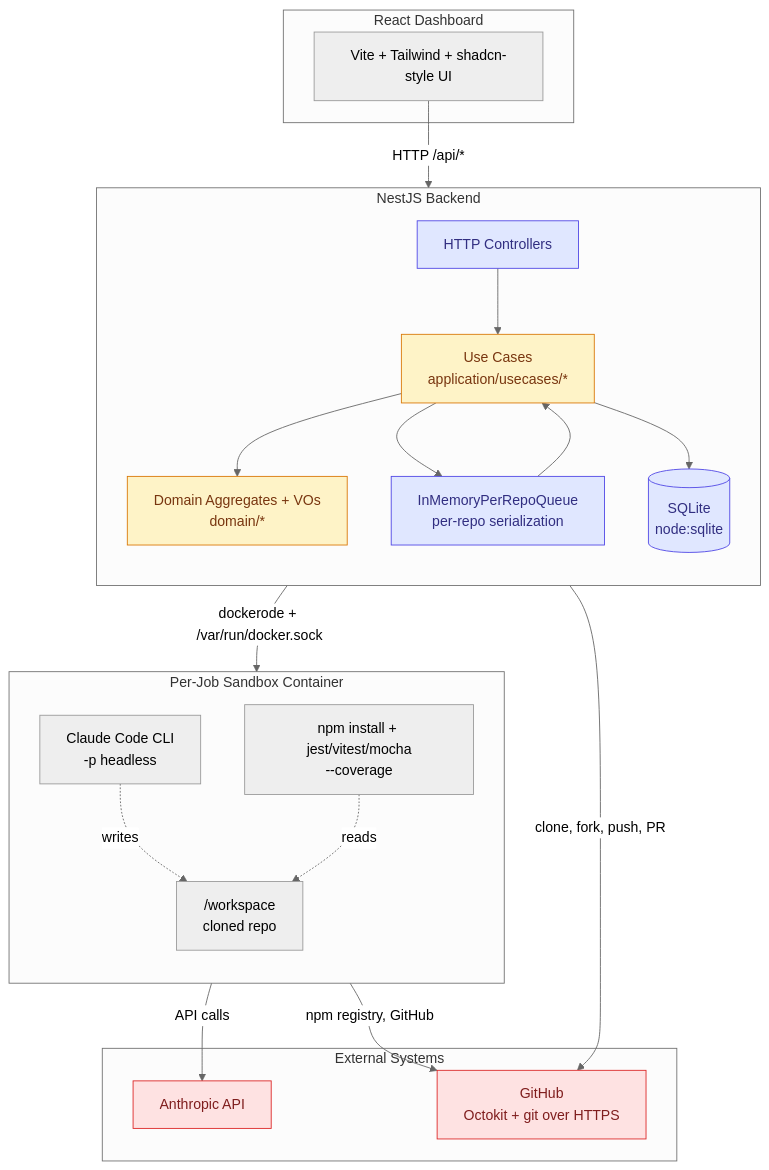
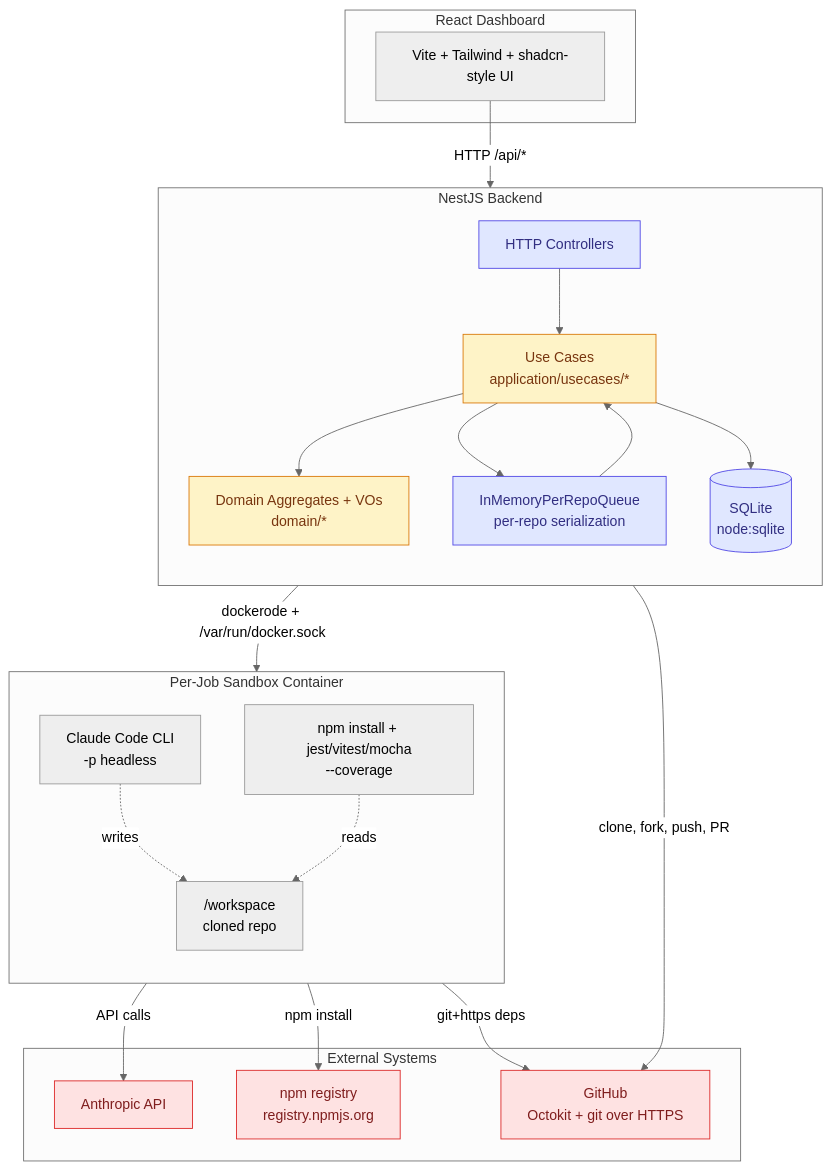
One commit to jmatom/ts-coverage-improver changed the first of 4 diagrams in docs/architecture.md. Above: the diagram before and after it, drawn with Mermaid (neutral theme). The commit also changed other lines of this file, not shown here.

Commit message:
docs: split npm-registry node from GitHub + update intro for three sequences
Two small accuracy fixes from review of the system diagram:

1. The "SandboxLayer -- npm registry, GitHub --> GH" edge conflated
   two distinct external destinations. Split into:
     - SandboxLayer -- npm install --> Npm (new node, registry.npmjs.org)
     - SandboxLayer -- git+https deps --> GH
   Matches the egress allowlist already documented in runtime-topology.md
   (github.com, api.anthropic.com, registry.npmjs.org).

2. Intro paragraph claimed "the request-flow sequence shows the
   temporal lifecycle of a single Improve job" — stale since we added
   register and analyze sequences. Reworded to mention all three.

Verified: all four diagrams render cleanly via mmdc (system flowchart
+ three sequence diagrams).

````diff
--- a/docs/architecture.md
+++ b/docs/architecture.md
@@ -14,47 +14,49 @@
 ```mermaid
 flowchart TB
     subgraph Frontend [React Dashboard]
         UI[Vite + Tailwind + shadcn-style UI]
     end
 
     subgraph Backend [NestJS Backend]
         direction TB
         Ctrl[HTTP Controllers]
         UC[Use Cases<br/>application/usecases/*]
         Domain[Domain Aggregates + VOs<br/>domain/*]
         Queue[InMemoryPerRepoQueue<br/>per-repo serialization]
         SQLite[(SQLite<br/>node:sqlite)]
         Ctrl --> UC
         UC --> Domain
         UC --> Queue
         Queue --> UC
         UC --> SQLite
     end
 
     subgraph SandboxLayer [Per-Job Sandbox Container]
         direction TB
         Claude[Claude Code CLI<br/>-p headless]
         TestRunner[npm install + jest/vitest/mocha<br/>--coverage]
         Workspace["/workspace<br/>cloned repo"]
         Claude -.writes.-> Workspace
         TestRunner -.reads.-> Workspace
     end
 
     subgraph External [External Systems]
         GH[GitHub<br/>Octokit + git over HTTPS]
         Anthropic[Anthropic API]
+        Npm[npm registry<br/>registry.npmjs.org]
     end
 
     UI -- HTTP /api/* --> Ctrl
     Backend -- dockerode + /var/run/docker.sock --> SandboxLayer
     Backend -- clone, fork, push, PR --> GH
     SandboxLayer -- API calls --> Anthropic
-    SandboxLayer -- npm registry, GitHub --> GH
+    SandboxLayer -- npm install --> Npm
+    SandboxLayer -- git+https deps --> GH
 
     classDef domain fill:#fef3c7,stroke:#d97706,color:#78350f
     classDef infra fill:#e0e7ff,stroke:#4f46e5,color:#312e81
     classDef ext fill:#fee2e2,stroke:#dc2626,color:#7f1d1d
     class Domain,UC domain
     class Ctrl,Queue,SQLite infra
-    class GH,Anthropic ext
+    class GH,Anthropic,Npm ext
 ```
````
